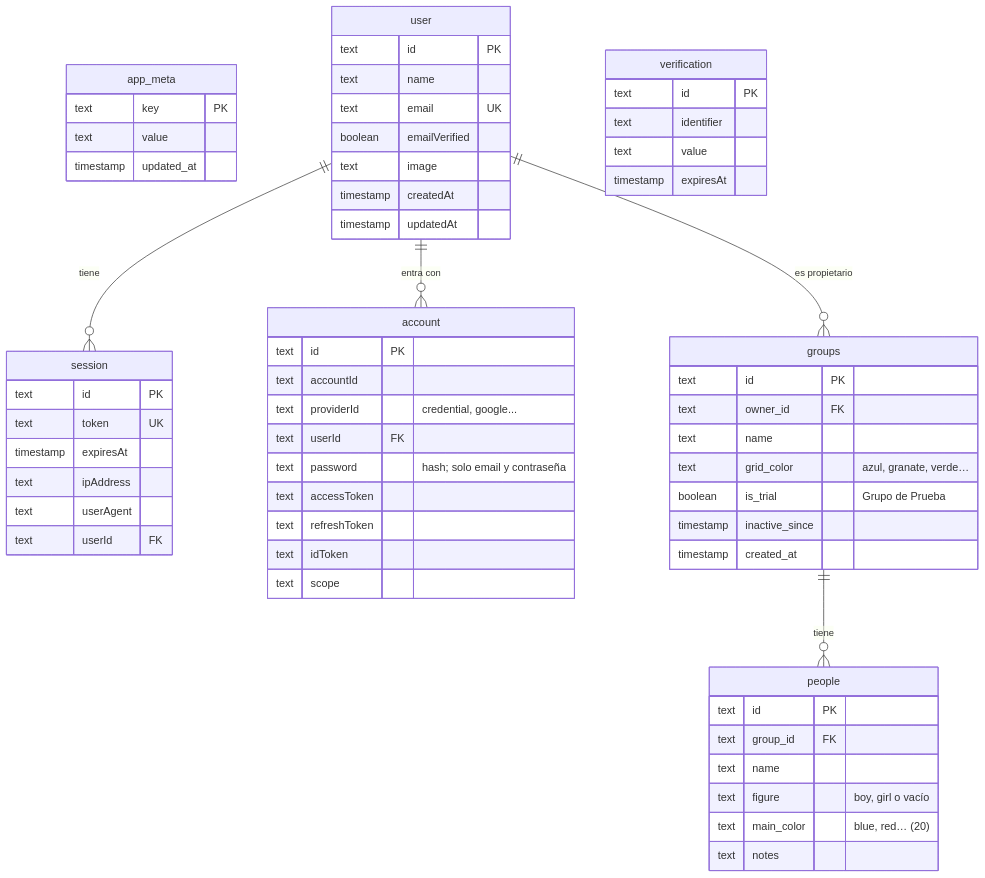
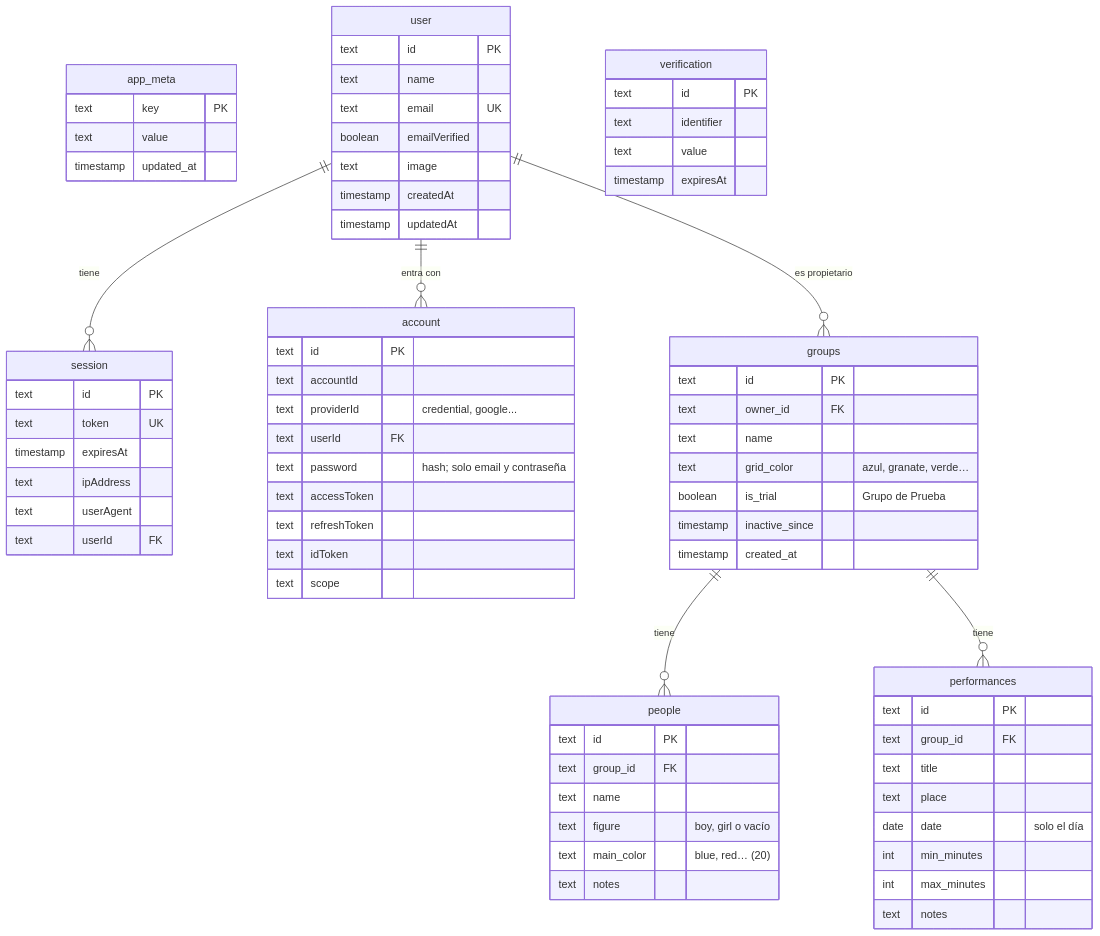
One commit to juananmgz/cuadrocorrocalle changed the first of 2 diagrams in documentation/database.md. Above: the diagram before and after it, drawn with Mermaid. The commit also changed other lines of this file and 35 other files, not shown here.

````diff
--- a/documentation/database.md
+++ b/documentation/database.md
@@ -16,63 +17,74 @@
 ```mermaid
 erDiagram
   app_meta {
     text key PK
     text value
     timestamp updated_at
   }
   user ||--o{ session : "tiene"
   user ||--o{ account : "entra con"
   user {
     text id PK
     text name
     text email UK
     boolean emailVerified
     text image
     timestamp createdAt
     timestamp updatedAt
   }
   session {
     text id PK
     text token UK
     timestamp expiresAt
     text ipAddress
     text userAgent
     text userId FK
   }
   account {
     text id PK
     text accountId
     text providerId "credential, google..."
     text userId FK
     text password "hash; solo email y contraseña"
     text accessToken
     text refreshToken
     text idToken
     text scope
   }
   user ||--o{ groups : "es propietario"
   groups {
     text id PK
     text owner_id FK
     text name
     text grid_color "azul, granate, verde…"
     boolean is_trial "Grupo de Prueba"
     timestamp inactive_since
     timestamp created_at
   }
   groups ||--o{ people : "tiene"
   people {
     text id PK
     text group_id FK
     text name
     text figure "boy, girl o vacío"
     text main_color "blue, red… (20)"
     text notes
   }
+  groups ||--o{ performances : "tiene"
+  performances {
+    text id PK
+    text group_id FK
+    text title
+    text place
+    date date "solo el día"
+    int min_minutes
+    int max_minutes
+    text notes
+  }
   verification {
     text id PK
     text identifier
     text value
     timestamp expiresAt
   }
 ```
````
